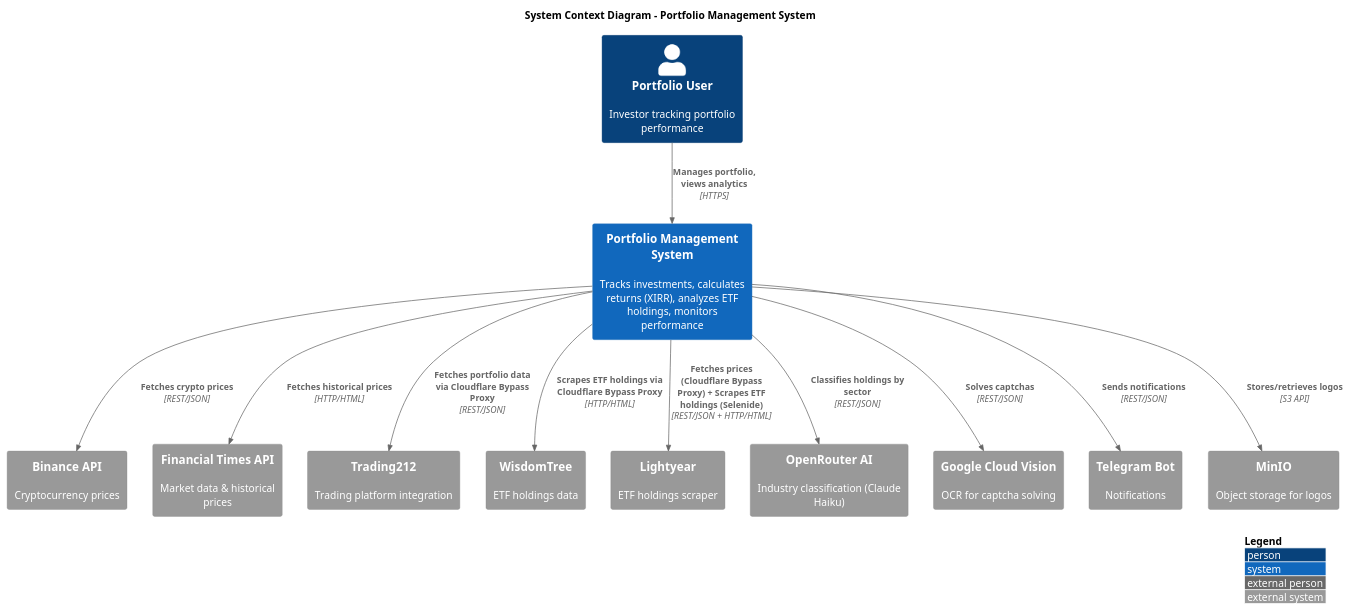
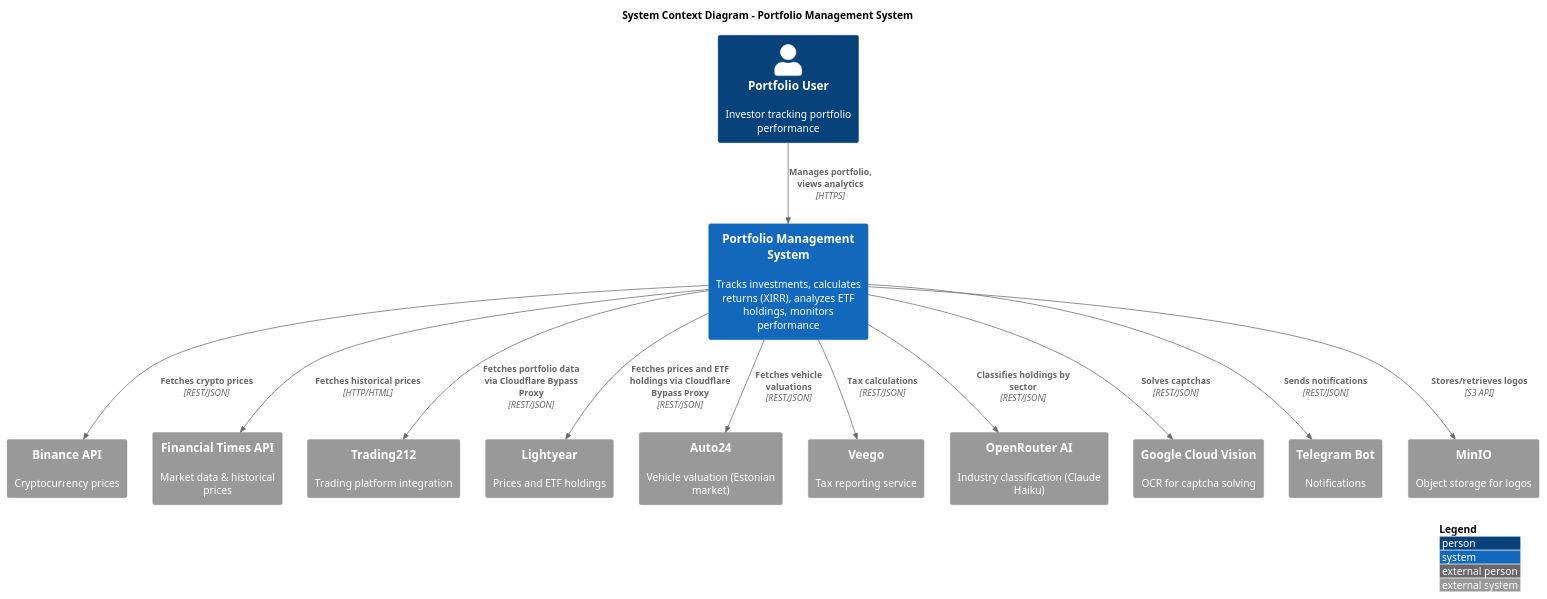
The diagram in docs/architecture/system-context.puml (ktenman/portfolio), drawn with PlantUML before and after one commit. The commit also changed 11 other files, not shown here.

First line of the commit message:
Update architecture diagrams and documentation (#1210)

```diff
--- a/docs/architecture/system-context.puml
+++ b/docs/architecture/system-context.puml
@@ -1,36 +1,38 @@
 @startuml system-context
 !include https://raw.githubusercontent.com/plantuml-stdlib/C4-PlantUML/master/C4_Context.puml
 
 LAYOUT_WITH_LEGEND()
 
 title System Context Diagram - Portfolio Management System
 
 Person(user, "Portfolio User", "Investor tracking portfolio performance")
 
 System(portfolio, "Portfolio Management System", "Tracks investments, calculates returns (XIRR), analyzes ETF holdings, monitors performance")
 
 System_Ext(binance, "Binance API", "Cryptocurrency prices")
 System_Ext(ft, "Financial Times API", "Market data & historical prices")
 System_Ext(trading212, "Trading212", "Trading platform integration")
-System_Ext(wisdomtree, "WisdomTree", "ETF holdings data")
-System_Ext(lightyear, "Lightyear", "ETF holdings scraper")
+System_Ext(lightyear, "Lightyear", "Prices and ETF holdings")
+System_Ext(auto24, "Auto24", "Vehicle valuation (Estonian market)")
+System_Ext(veego, "Veego", "Tax reporting service")
 
 System_Ext(openrouter, "OpenRouter AI", "Industry classification (Claude Haiku)")
 System_Ext(googlevision, "Google Cloud Vision", "OCR for captcha solving")
 System_Ext(telegram, "Telegram Bot", "Notifications")
 System_Ext(minio, "MinIO", "Object storage for logos")
 
 Rel(user, portfolio, "Manages portfolio, views analytics", "HTTPS")
 
 Rel(portfolio, binance, "Fetches crypto prices", "REST/JSON")
 Rel(portfolio, ft, "Fetches historical prices", "HTTP/HTML")
 Rel(portfolio, trading212, "Fetches portfolio data via Cloudflare Bypass Proxy", "REST/JSON")
-Rel(portfolio, wisdomtree, "Scrapes ETF holdings via Cloudflare Bypass Proxy", "HTTP/HTML")
-Rel(portfolio, lightyear, "Fetches prices (Cloudflare Bypass Proxy) + Scrapes ETF holdings (Selenide)", "REST/JSON + HTTP/HTML")
+Rel(portfolio, lightyear, "Fetches prices and ETF holdings via Cloudflare Bypass Proxy", "REST/JSON")
+Rel(portfolio, auto24, "Fetches vehicle valuations", "REST/JSON")
+Rel(portfolio, veego, "Tax calculations", "REST/JSON")
 
 Rel(portfolio, openrouter, "Classifies holdings by sector", "REST/JSON")
 Rel(portfolio, googlevision, "Solves captchas", "REST/JSON")
 Rel(portfolio, telegram, "Sends notifications", "REST/JSON")
 Rel(portfolio, minio, "Stores/retrieves logos", "S3 API")
 
 @enduml
```
